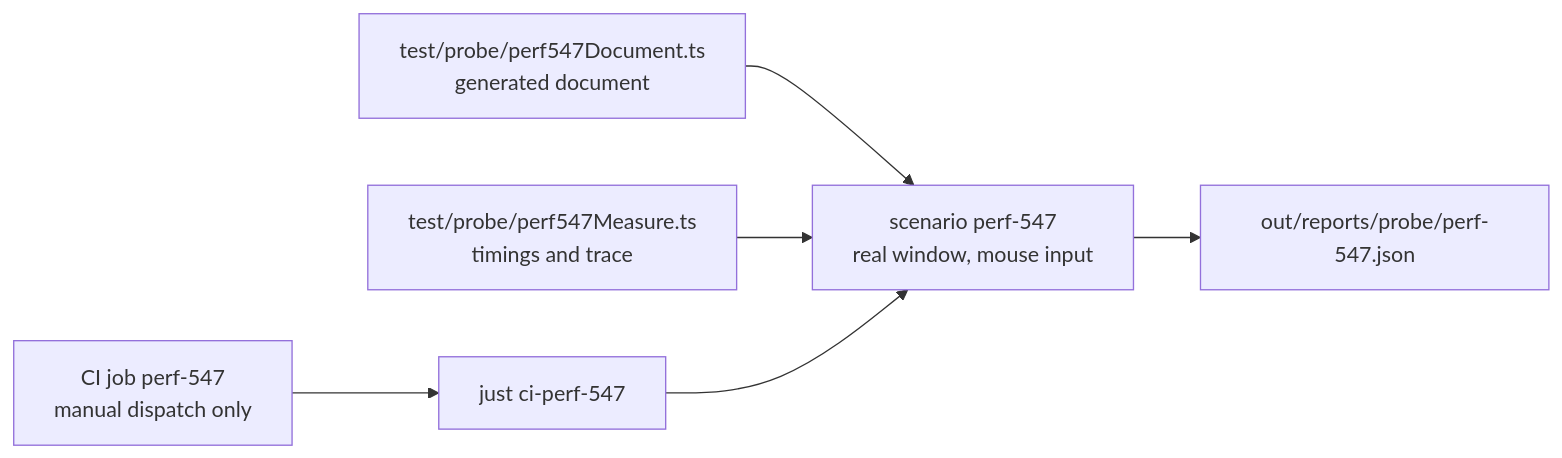
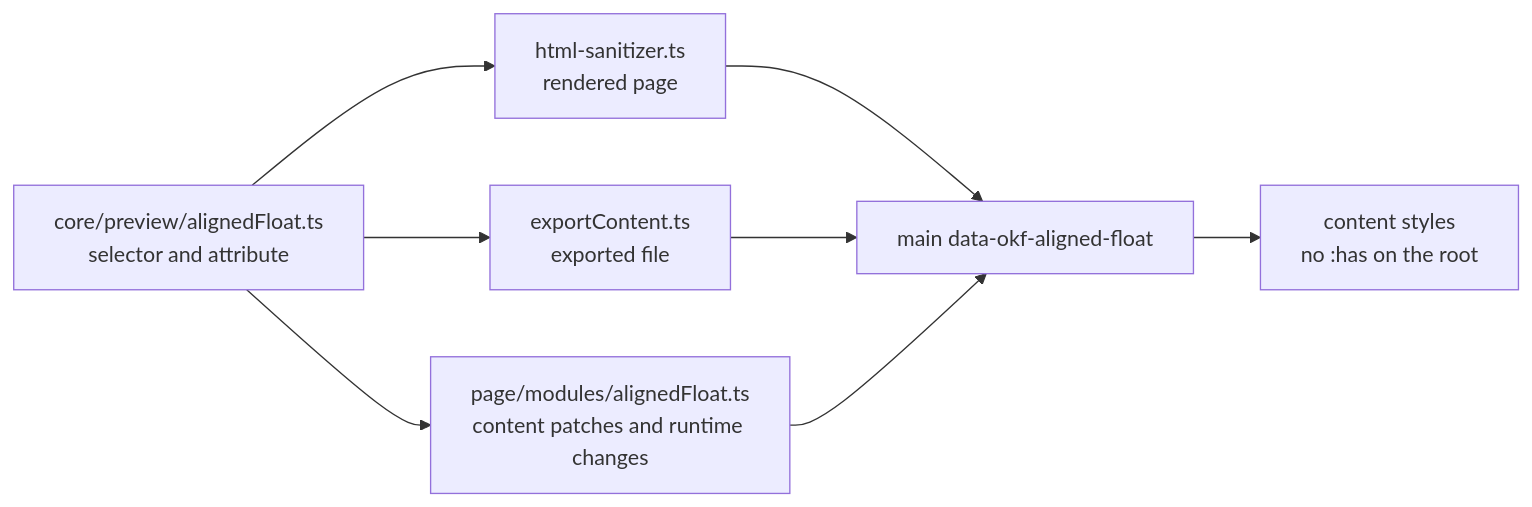
Before and after one commit to gsemet/gsemet-foss-planning-surface: the diagram in projects/markdown-okf-schema-studio/changes/4-batch/2-actives/516-perf-547-slow-comment-selection/work/pr-body.md, drawn with Mermaid. The commit also changed other lines of this file and 1 other file, not shown here.

First line of the commit message:
chantier: markdown-okf-schema-studio: 2 files

````diff
--- a/projects/markdown-okf-schema-studio/changes/4-batch/2-actives/516-perf-547-slow-comment-selection/work/pr-body.md
+++ b/projects/markdown-okf-schema-studio/changes/4-batch/2-actives/516-perf-547-slow-comment-selection/work/pr-body.md
@@ -12,8 +15,10 @@
 ```mermaid
 flowchart LR
-  gen[test/probe/perf547Document.ts<br/>generated document] --> scen[scenario perf-547<br/>real window, mouse input]
-  meas[test/probe/perf547Measure.ts<br/>timings and trace] --> scen
-  just[just ci-perf-547] --> scen
-  ci[CI job perf-547<br/>manual dispatch only] --> just
-  scen --> rep[out/reports/probe/perf-547.json]
+  find[core/preview/alignedFloat.ts<br/>selector and attribute] --> host[html-sanitizer.ts<br/>rendered page]
+  find --> exp[exportContent.ts<br/>exported file]
+  find --> page[page/modules/alignedFloat.ts<br/>content patches and runtime changes]
+  host --> attr[main data-okf-aligned-float]
+  exp --> attr
+  page --> attr
+  attr --> css[content styles<br/>no :has on the root]
 ```
````
